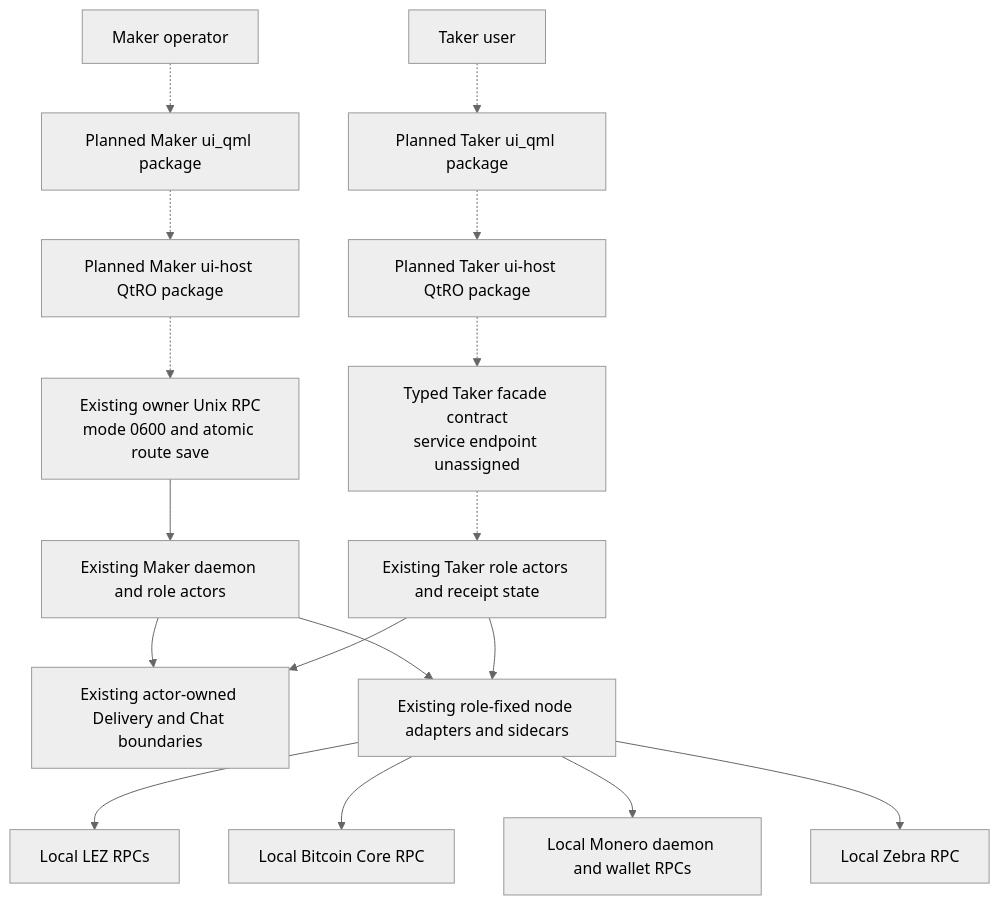
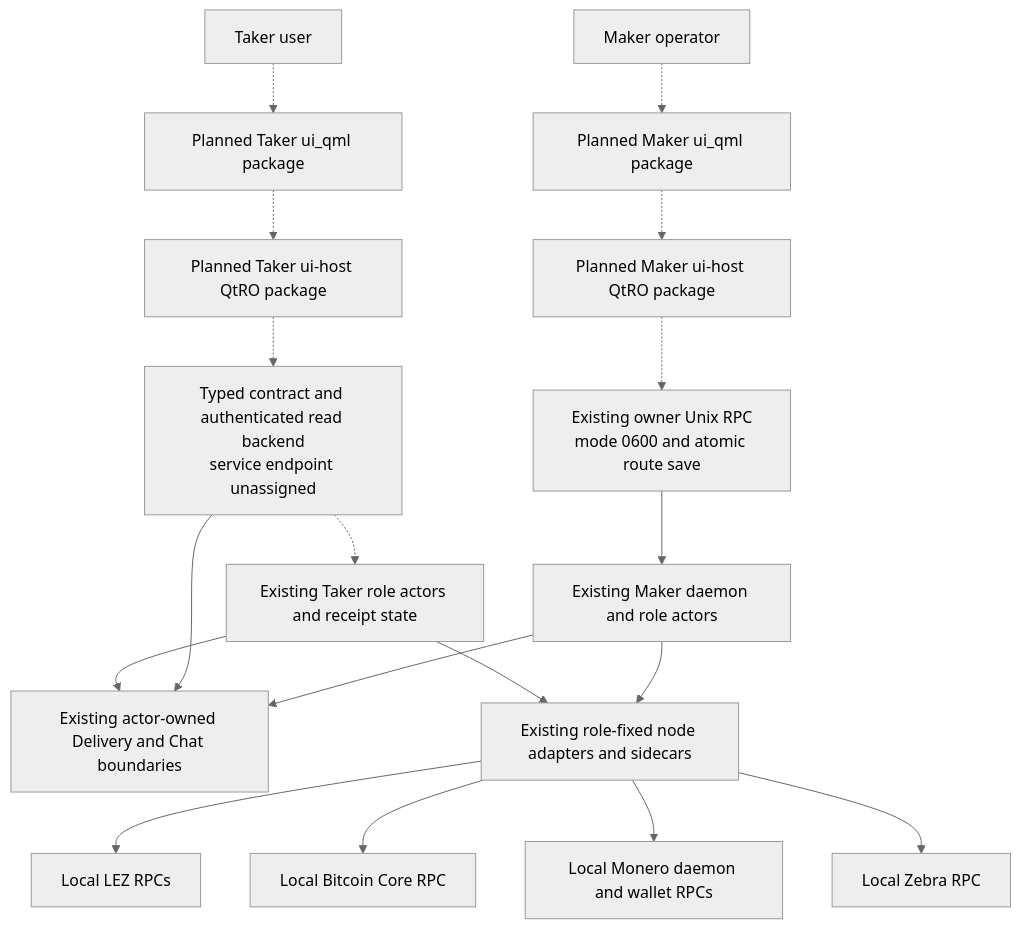
The second of 24 diagrams in docs/architecture/deployment-components-and-rpcs.md (gateway-fm/lez-atomic-swaps), drawn with Mermaid (neutral theme) before and after one commit. The commit also changed other lines of this file and 7 other files, not shown here.

Commit message:
docs(m6): isolate taker owner service

````diff
--- a/docs/architecture/deployment-components-and-rpcs.md
+++ b/docs/architecture/deployment-components-and-rpcs.md
@@ -68,21 +68,22 @@
 ```mermaid
 flowchart TB
     Maker["Maker operator"] -.-> MakerQml["Planned Maker ui_qml package"]
     MakerQml -.-> MakerHost["Planned Maker ui-host QtRO package"]
     MakerHost -.-> OwnerRpc["Existing owner Unix RPC<br/>mode 0600 and atomic route save"]
     OwnerRpc --> MakerDaemon["Existing Maker daemon and role actors"]
 
     Taker["Taker user"] -.-> TakerQml["Planned Taker ui_qml package"]
     TakerQml -.-> TakerHost["Planned Taker ui-host QtRO package"]
-    TakerHost -.-> TakerFacade["Typed Taker facade contract<br/>service endpoint unassigned"]
+    TakerHost -.-> TakerFacade["Typed contract and authenticated read backend<br/>service endpoint unassigned"]
     TakerFacade -.-> TakerActors["Existing Taker role actors and receipt state"]
 
     MakerDaemon --> DeliveryChat["Existing actor-owned Delivery and Chat boundaries"]
+    TakerFacade --> DeliveryChat
     TakerActors --> DeliveryChat
     MakerDaemon --> NodeAdapters["Existing role-fixed node adapters and sidecars"]
     TakerActors --> NodeAdapters
     NodeAdapters --> Lez["Local LEZ RPCs"]
     NodeAdapters --> Bitcoin["Local Bitcoin Core RPC"]
     NodeAdapters --> Monero["Local Monero daemon and wallet RPCs"]
     NodeAdapters --> Zcash["Local Zebra RPC"]
 ```
````
